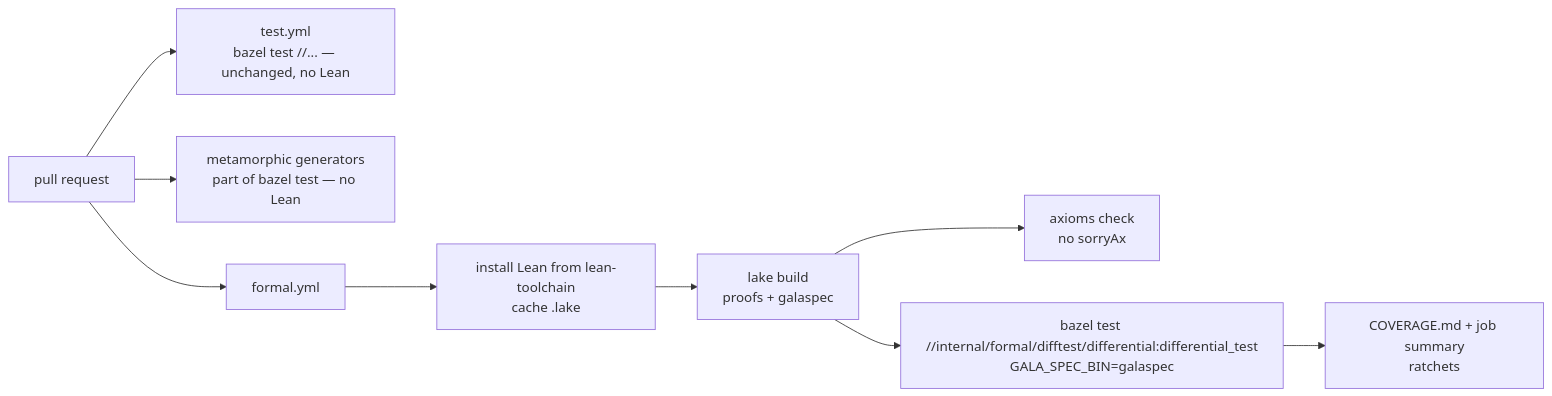
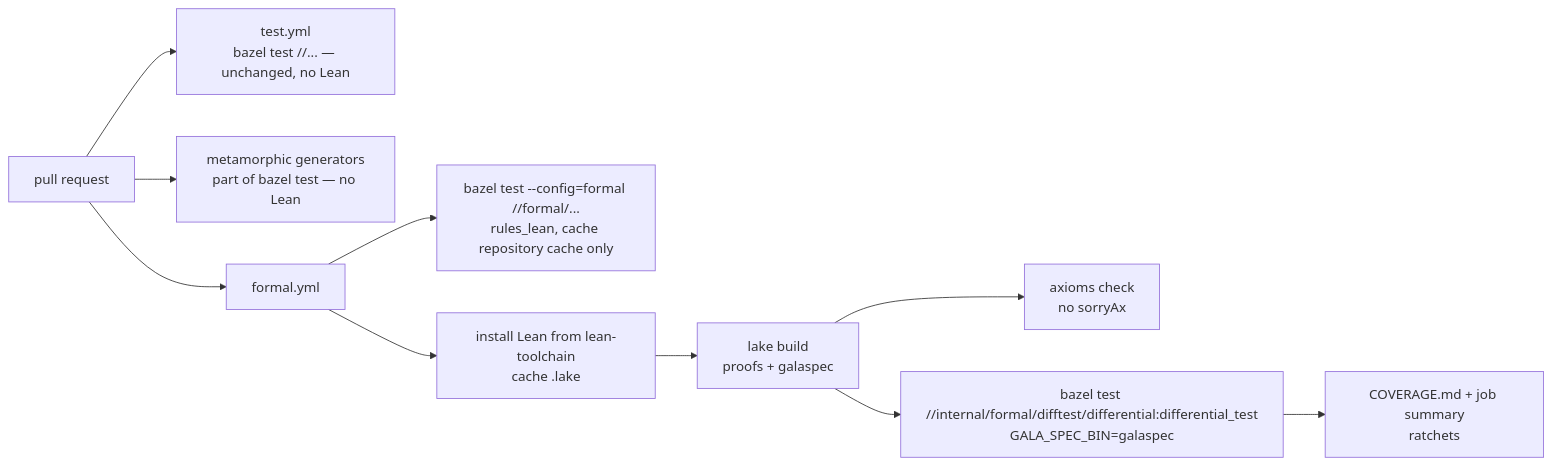
Before and after one commit to martianoff/gala: the third of 4 diagrams in docs/FORMAL_SEMANTICS.MD, drawn with Mermaid. The commit also changed other lines of this file and 11 other files, not shown here.

First line of the commit message:
build(formal): opt-in Bazel build of the Lean spec with rules_lean

````diff
--- a/docs/FORMAL_SEMANTICS.MD
+++ b/docs/FORMAL_SEMANTICS.MD
@@ -269,11 +269,12 @@
 ```mermaid
 flowchart LR
     PR[pull request] --> T[test.yml<br/>bazel test //... — unchanged, no Lean]
     PR --> M[metamorphic generators<br/>part of bazel test — no Lean]
     PR --> F[formal.yml]
+    F --> B1[bazel test --config=formal //formal/...<br/>rules_lean, cache repository cache only]
     F --> L1[install Lean from lean-toolchain<br/>cache .lake]
     L1 --> L2[lake build<br/>proofs + galaspec]
     L2 --> L3[axioms check<br/>no sorryAx]
     L2 --> L4[bazel test //internal/formal/difftest/differential:differential_test<br/>GALA_SPEC_BIN=galaspec]
     L4 --> L5[COVERAGE.md + job summary<br/>ratchets]
 ```
````
